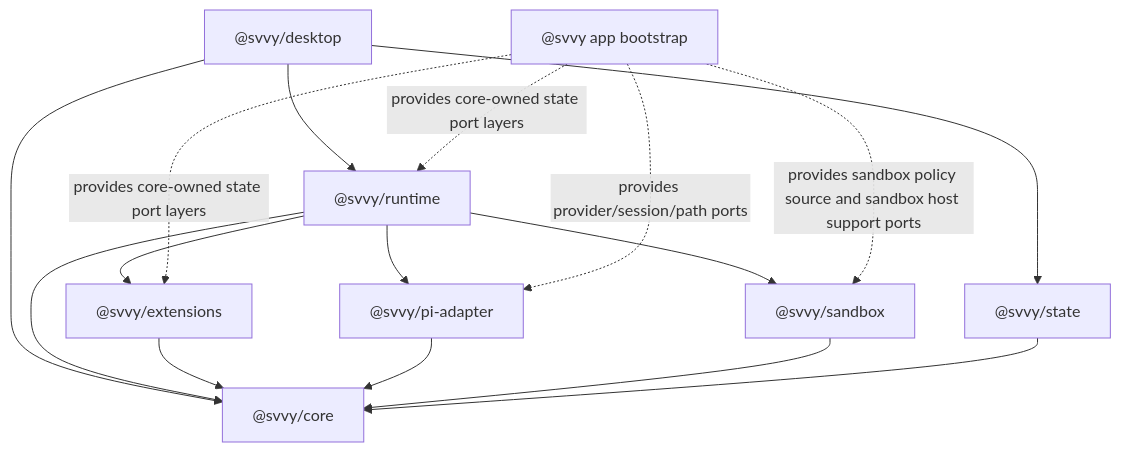
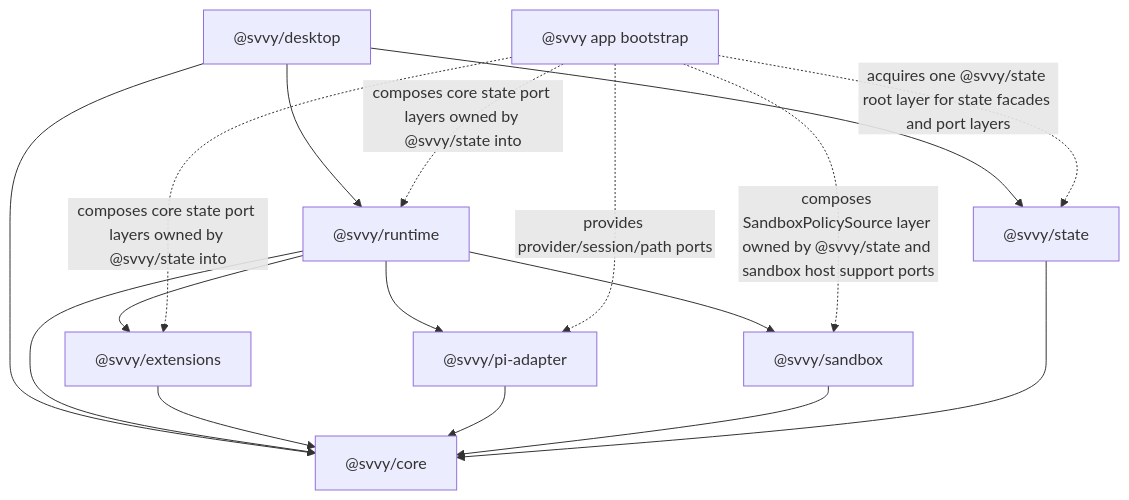
Before and after one commit to 0xpolarzero/hellm: the diagram in docs/specs/package-architecture/package-architecture.spec.md, drawn with Mermaid. The commit also changed other lines of this file and 376 other files, not shown here.

First line of the commit message:
wip: snapshot effect v4 package architecture refactor

````diff
--- a/docs/specs/package-architecture/package-architecture.spec.md
+++ b/docs/specs/package-architecture/package-architecture.spec.md
@@ -90,33 +102,34 @@
 ```mermaid
 graph TD
   desktop["@svvy/desktop"]
   runtime["@svvy/runtime"]
   extensions["@svvy/extensions"]
   pi["@svvy/pi-adapter"]
   sandbox["@svvy/sandbox"]
   state["@svvy/state"]
   core["@svvy/core"]
   app["@svvy app bootstrap"]
 
   desktop --> runtime
   desktop --> state
   desktop --> core
 
   runtime --> extensions
   runtime --> pi
   runtime --> sandbox
   runtime --> core
 
   extensions --> core
 
   pi --> core
 
   sandbox --> core
 
   state --> core
 
-  app -. provides core-owned state port layers .-> extensions
-  app -. provides core-owned state port layers .-> runtime
+  app -. composes core state port layers owned by @svvy/state into .-> extensions
+  app -. composes core state port layers owned by @svvy/state into .-> runtime
+  app -. acquires one @svvy/state root layer for state facades and port layers .-> state
   app -. provides provider/session/path ports .-> pi
-  app -. provides sandbox policy source and sandbox host support ports .-> sandbox
+  app -. composes SandboxPolicySource layer owned by @svvy/state and sandbox host support ports .-> sandbox
 ```
````
